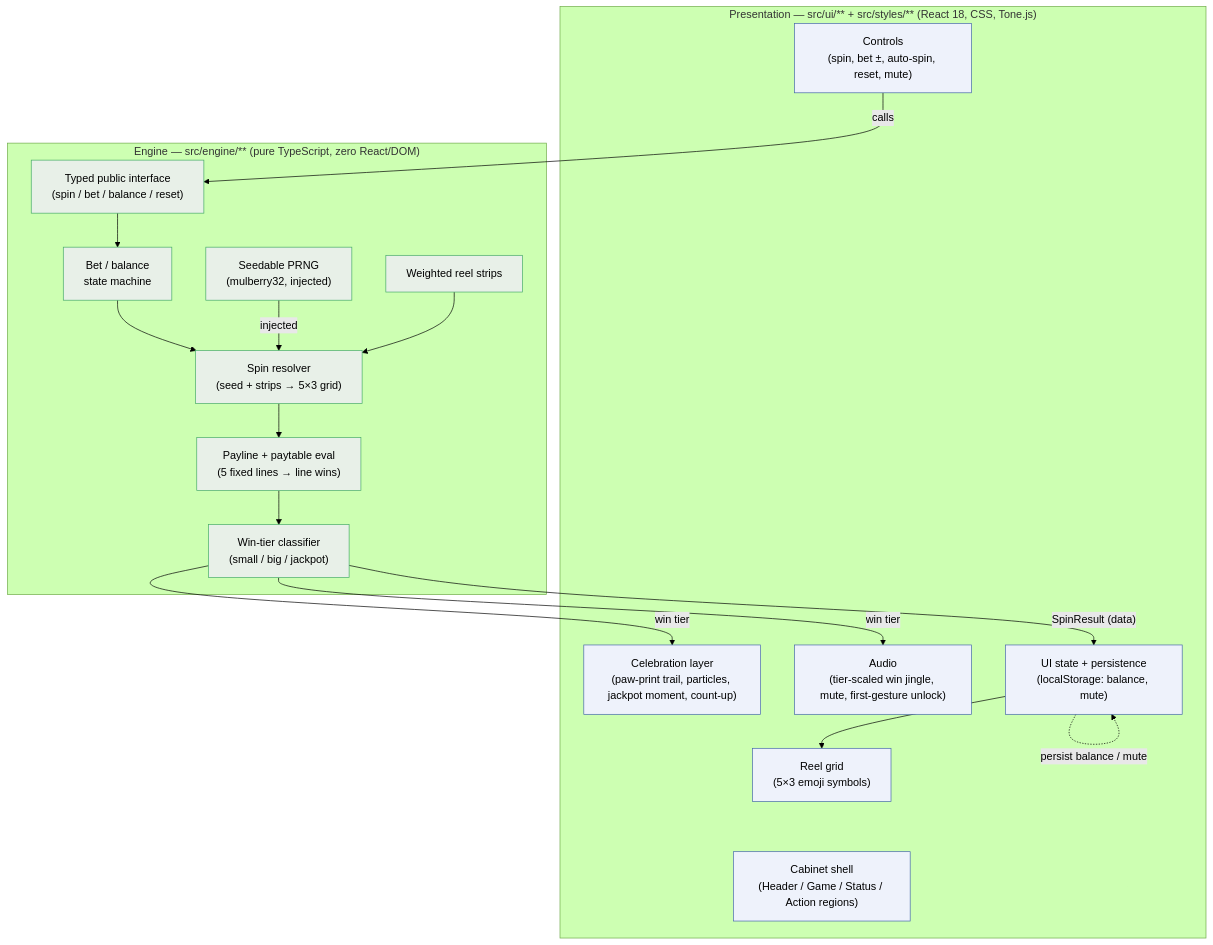
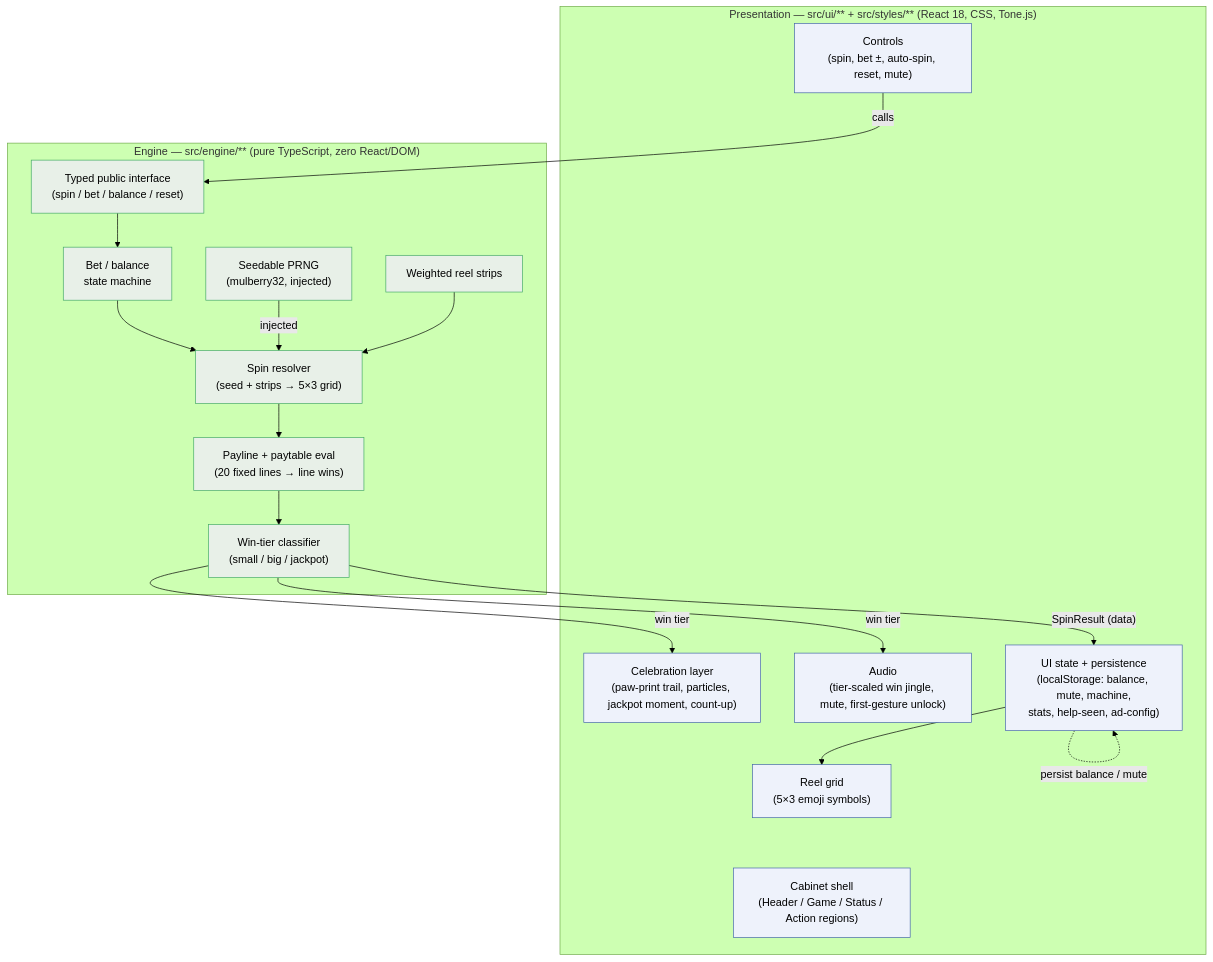
The first of 2 diagrams in docs/architecture.md (jysf/zany-animal-slots), drawn with Mermaid (forest theme) before and after one commit. The commit also changed other lines of this file and 5 other files, not shown here.

````diff
--- a/docs/architecture.md
+++ b/docs/architecture.md
@@ -26,39 +33,39 @@
 ```mermaid
 graph TD
     subgraph Presentation["Presentation — src/ui/** + src/styles/** (React 18, CSS, Tone.js)"]
         Cabinet["Cabinet shell<br/>(Header / Game / Status / Action regions)"]
         Reels["Reel grid<br/>(5×3 emoji symbols)"]
         Controls["Controls<br/>(spin, bet ±, auto-spin, reset, mute)"]
         Celebrate["Celebration layer<br/>(paw-print trail, particles, jackpot moment, count-up)"]
         Audio["Audio<br/>(tier-scaled win jingle, mute, first-gesture unlock)"]
-        Store["UI state + persistence<br/>(localStorage: balance, mute)"]
+        Store["UI state + persistence<br/>(localStorage: balance, mute, machine,<br/>stats, help-seen, ad-config)"]
     end
 
     subgraph Engine["Engine — src/engine/** (pure TypeScript, zero React/DOM)"]
         RNG["Seedable PRNG<br/>(mulberry32, injected)"]
         Strips["Weighted reel strips"]
         Spin["Spin resolver<br/>(seed + strips → 5×3 grid)"]
-        Eval["Payline + paytable eval<br/>(5 fixed lines → line wins)"]
+        Eval["Payline + paytable eval<br/>(20 fixed lines → line wins)"]
         BetBal["Bet / balance<br/>state machine"]
         Tier["Win-tier classifier<br/>(small / big / jackpot)"]
         API["Typed public interface<br/>(spin / bet / balance / reset)"]
     end
 
     Controls -->|"calls"| API
     API --> BetBal
     BetBal --> Spin
     RNG -->|"injected"| Spin
     Strips --> Spin
     Spin --> Eval
     Eval --> Tier
     Tier -->|"SpinResult (data)"| Store
     Store --> Reels
     Tier -->|"win tier"| Celebrate
     Tier -->|"win tier"| Audio
     Store -. "persist balance / mute" .-> Store
 
     classDef engine fill:#e8f0e8,stroke:#4a6,stroke-width:1px;
     classDef pres fill:#eef2fb,stroke:#46a,stroke-width:1px;
     class RNG,Strips,Spin,Eval,BetBal,Tier,API engine;
     class Cabinet,Reels,Controls,Celebrate,Audio,Store pres;
 ```
````
